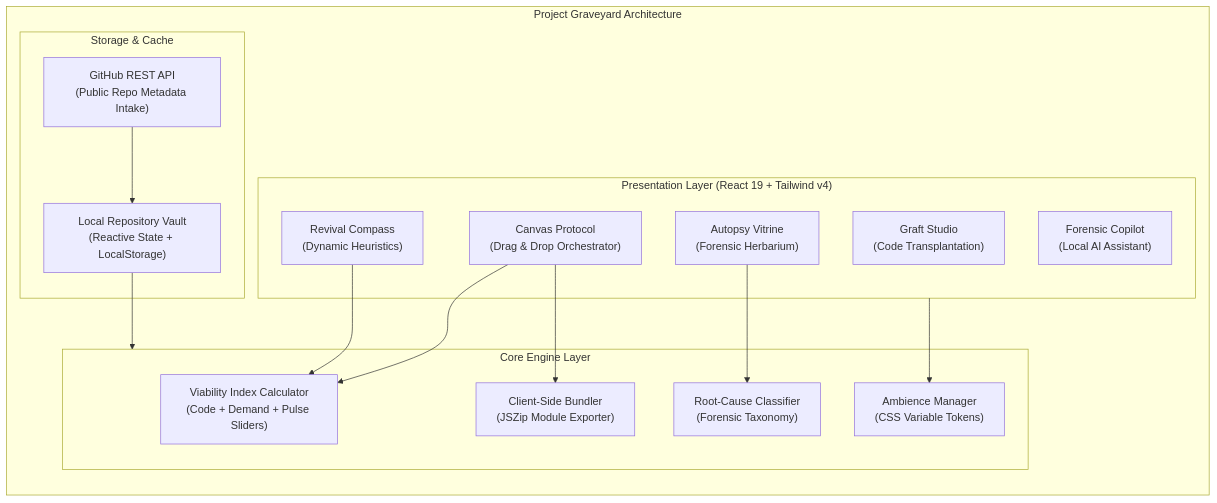
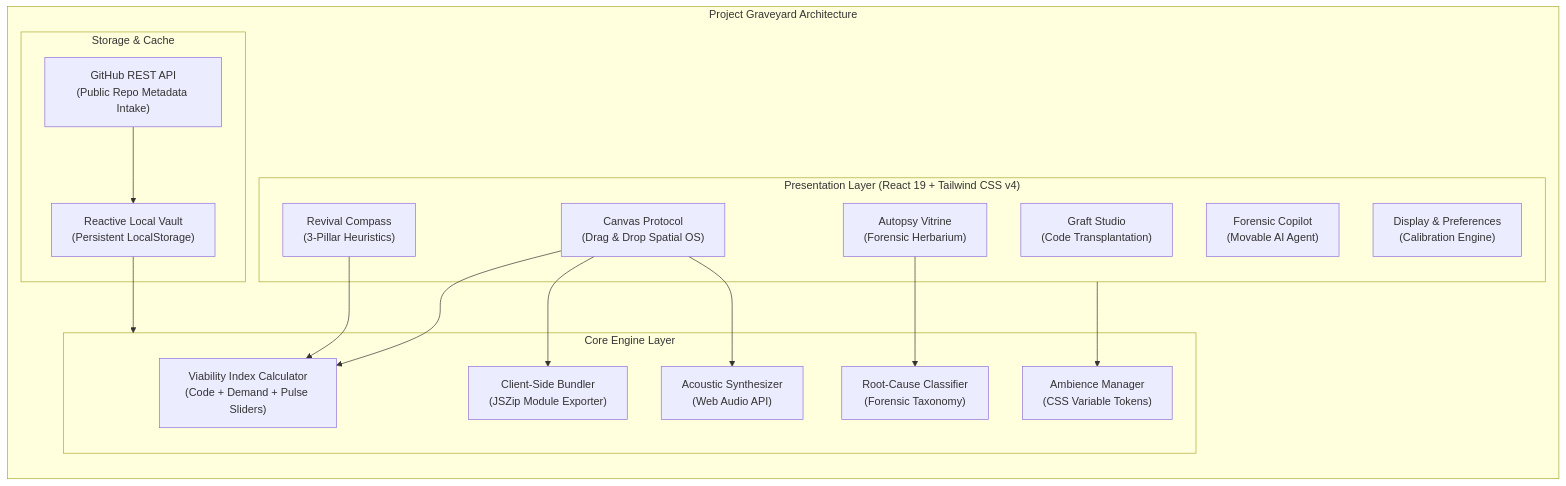
The diagram in README.md (anshjaiswal2911-tech/Team-Hashing-CodeVariant), drawn with Mermaid before and after one commit. The commit also changed other lines of this file, not shown here.

````diff
--- a/README.md
+++ b/README.md
@@ -140,34 +209,37 @@
 ```mermaid
 flowchart TB
     subgraph ClientWorkspace["Project Graveyard Architecture"]
         direction TB
         
-        subgraph UI["Presentation Layer (React 19 + Tailwind v4)"]
-            Canvas["Canvas Protocol<br/>(Drag & Drop Orchestrator)"]
-            Compass["Revival Compass<br/>(Dynamic Heuristics)"]
+        subgraph UI["Presentation Layer (React 19 + Tailwind CSS v4)"]
+            Canvas["Canvas Protocol<br/>(Drag & Drop Spatial OS)"]
+            Compass["Revival Compass<br/>(3-Pillar Heuristics)"]
             Autopsy["Autopsy Vitrine<br/>(Forensic Herbarium)"]
             Graft["Graft Studio<br/>(Code Transplantation)"]
-            Copilot["Forensic Copilot<br/>(Local AI Assistant)"]
+            Copilot["Forensic Copilot<br/>(Movable AI Agent)"]
+            Settings["Display & Preferences<br/>(Calibration Engine)"]
         end
 
         subgraph Engines["Core Engine Layer"]
             ViabilityEngine["Viability Index Calculator<br/>(Code + Demand + Pulse Sliders)"]
             TaxonomyEngine["Root-Cause Classifier<br/>(Forensic Taxonomy)"]
             ZipHarvester["Client-Side Bundler<br/>(JSZip Module Exporter)"]
             ThemeEngine["Ambience Manager<br/>(CSS Variable Tokens)"]
+            AudioEngine["Acoustic Synthesizer<br/>(Web Audio API)"]
         end
 
         subgraph StateLayer["Storage & Cache"]
-            LocalVault["Local Repository Vault<br/>(Reactive State + LocalStorage)"]
+            LocalVault["Reactive Local Vault<br/>(Persistent LocalStorage)"]
             GitHubAPI["GitHub REST API<br/>(Public Repo Metadata Intake)"]
         end
     end
 
     Canvas --> ViabilityEngine
     Canvas --> ZipHarvester
+    Canvas --> AudioEngine
     Compass --> ViabilityEngine
     Autopsy --> TaxonomyEngine
     UI --> ThemeEngine
     GitHubAPI --> LocalVault
     LocalVault --> Engines
 ```
````
